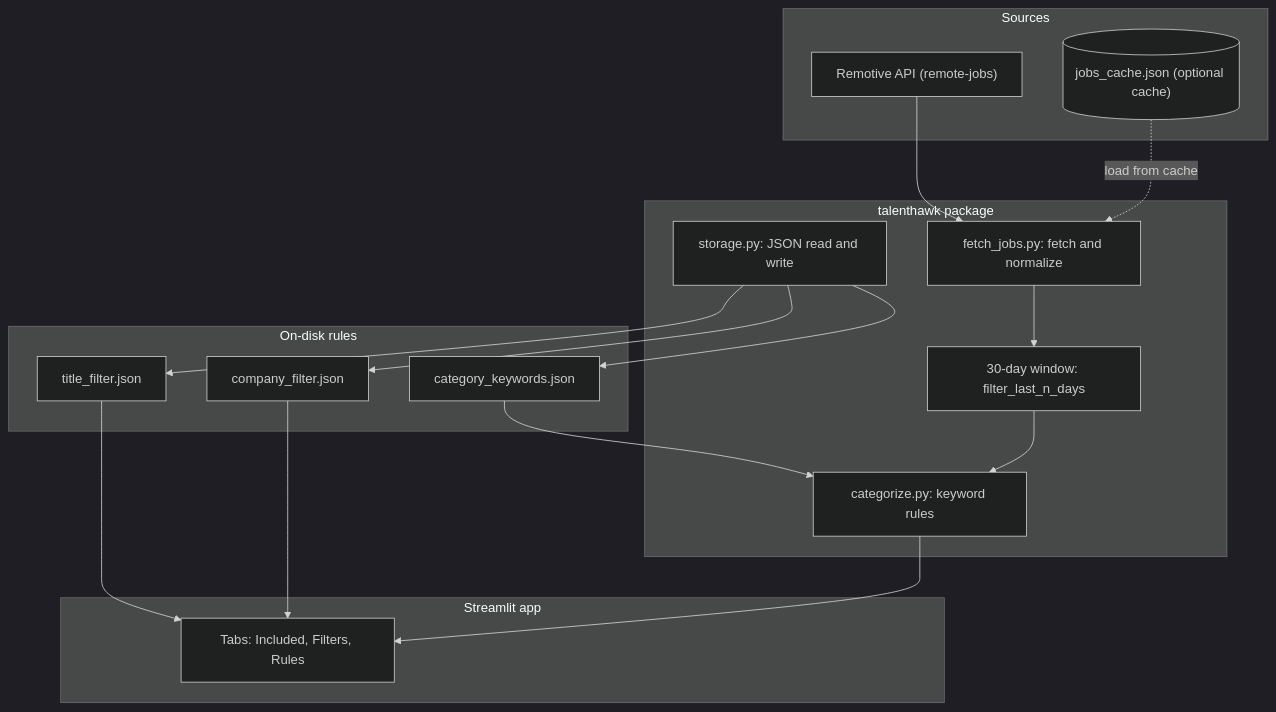
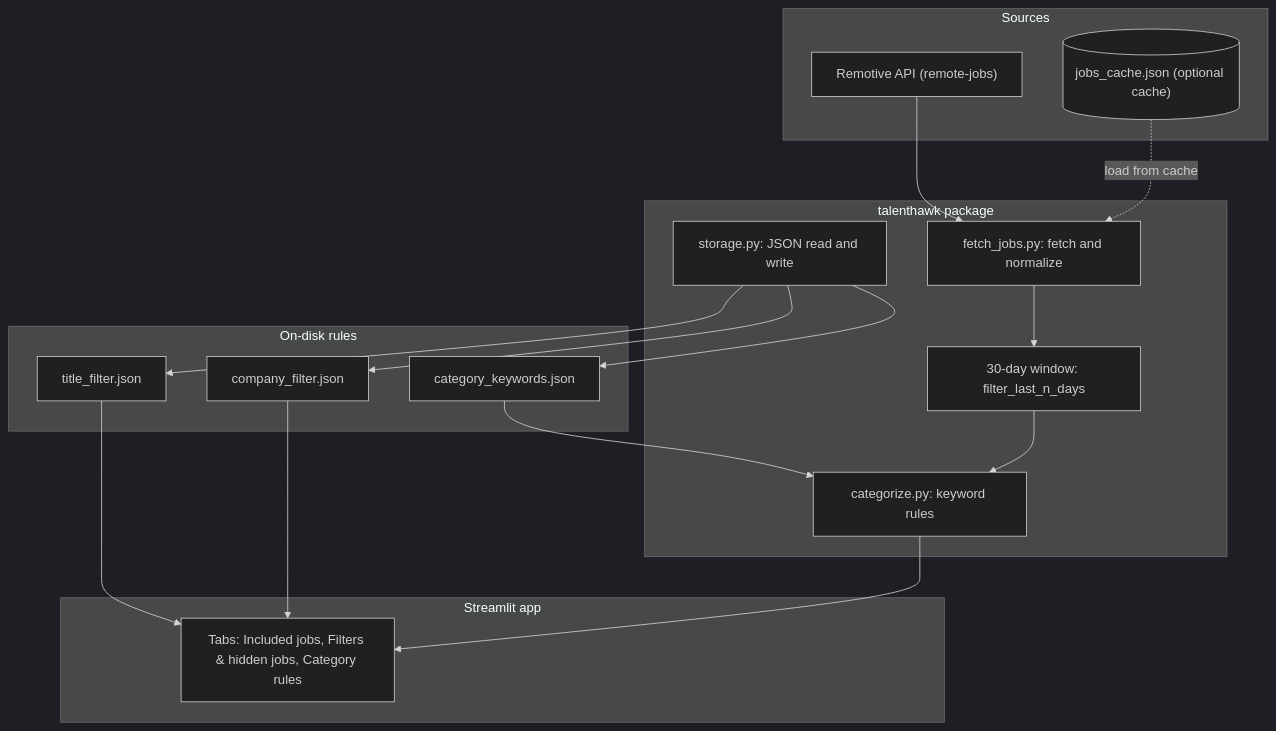
One commit to awesomesince96/talenthawk changed the diagram in README.md. Above: the diagram before and after it, drawn with Mermaid (dark theme). The commit also changed other lines of this file, not shown here.

````diff
--- a/README.md
+++ b/README.md
@@ -52,36 +52,36 @@
 ```mermaid
 flowchart TB
     subgraph Sources
         API["Remotive API (remote-jobs)"]
         Disk[("jobs_cache.json (optional cache)")]
     end
 
     subgraph Core["talenthawk package"]
         F["fetch_jobs.py: fetch and normalize"]
         W["30-day window: filter_last_n_days"]
         C["categorize.py: keyword rules"]
         S["storage.py: JSON read and write"]
     end
 
     subgraph Rules["On-disk rules"]
         TF["title_filter.json"]
         CF["company_filter.json"]
         CK["category_keywords.json"]
     end
 
     subgraph App["Streamlit app"]
-        UI["Tabs: Included, Filters, Rules"]
+        UI["Tabs: Included jobs, Filters & hidden jobs, Category rules"]
     end
 
     API --> F
     Disk -.->|"load from cache"| F
     F --> W
     S --> TF
     S --> CF
     S --> CK
     TF --> UI
     CF --> UI
     CK --> C
     W --> C
     C --> UI
 ```
````
